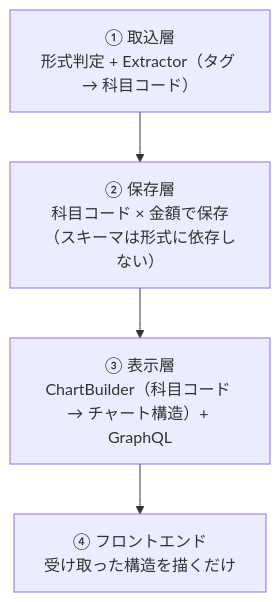
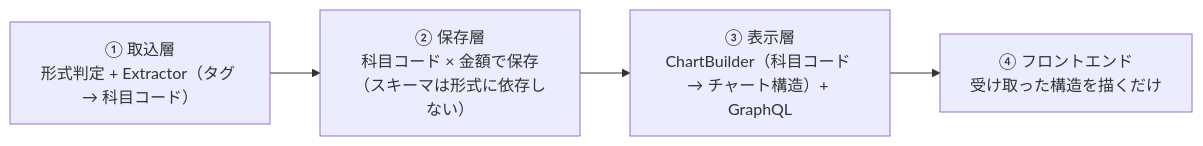
One commit to shin4488/financial-statement changed the third of 6 diagrams in docs/guide/03_data_flow.md. Above: the diagram before and after it, drawn with Mermaid. The commit also changed other lines of this file, not shown here.

````diff
--- a/docs/guide/03_data_flow.md
+++ b/docs/guide/03_data_flow.md
@@ -87,8 +98,8 @@
 ```mermaid
-flowchart TB
+flowchart LR
     L1["① 取込層<br>形式判定 + Extractor（タグ → 科目コード）"]
     L2["② 保存層<br>科目コード × 金額で保存（スキーマは形式に依存しない）"]
     L3["③ 表示層<br>ChartBuilder（科目コード → チャート構造）+ GraphQL"]
     L4["④ フロントエンド<br>受け取った構造を描くだけ"]
     L1 --> L2 --> L3 --> L4
 ```
````
